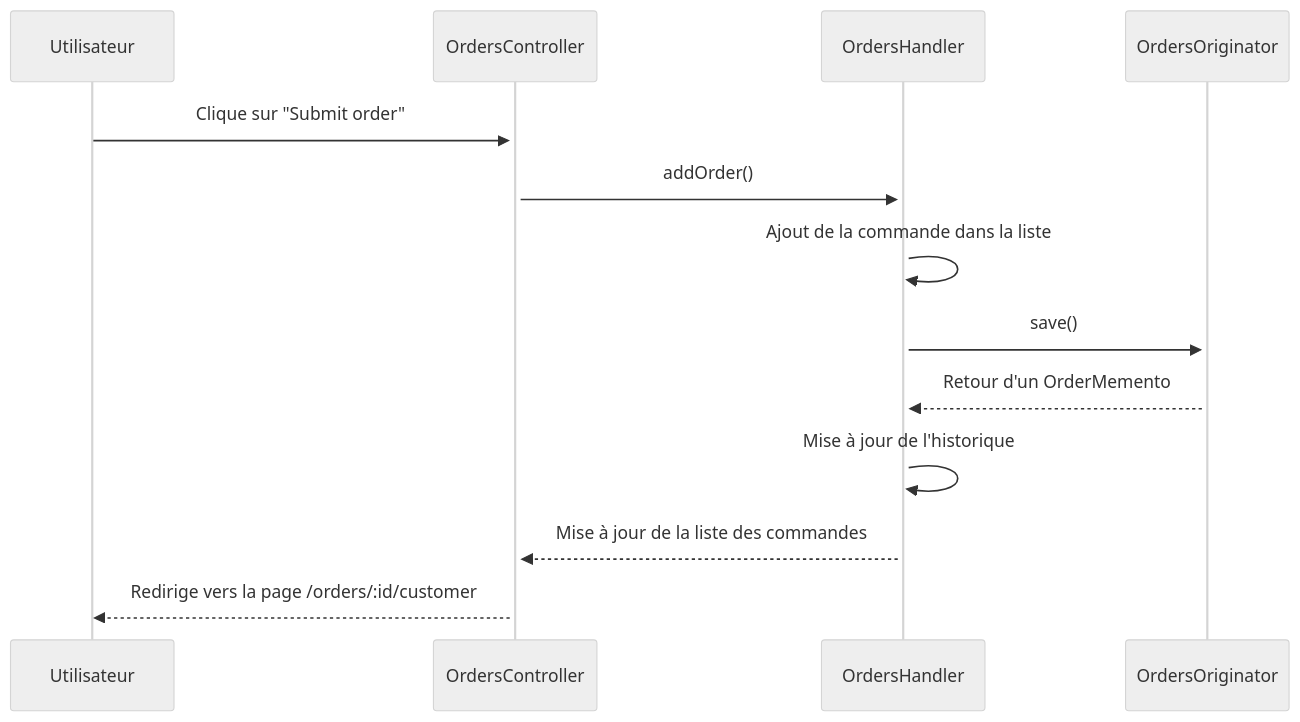
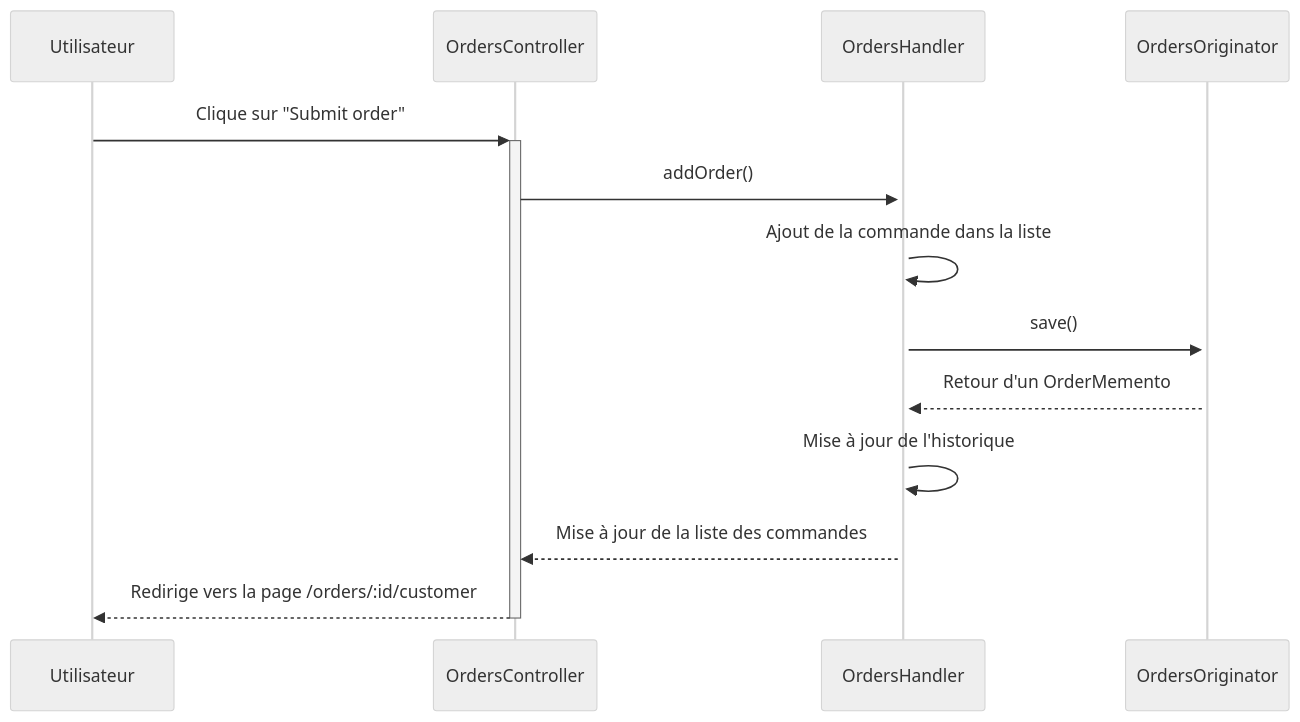
The diagram in docs/OrderSequenceDiagram.mmd (coding-factory-classrooms/backend-orders-patterns-groupe-4), drawn with Mermaid (neutral theme) before and after one commit.

Commit message:
Fix de la sequence

```diff
--- a/docs/OrderSequenceDiagram.mmd
+++ b/docs/OrderSequenceDiagram.mmd
@@ -1,13 +1,13 @@
 sequenceDiagram
     participant Utilisateur
     participant OrdersController
     participant OrdersHandler
     participant OrdersOriginator
     Utilisateur->>+OrdersController: Clique sur "Submit order"
     OrdersController->>+OrdersHandler: addOrder()
     OrdersHandler->>OrdersHandler: Ajout de la commande dans la liste
     OrdersHandler->>+OrdersOriginator: save()
     OrdersOriginator-->>OrdersHandler: Retour d'un OrderMemento
     OrdersHandler->>+OrdersHandler: Mise à jour de l'historique
     OrdersHandler-->>OrdersController: Mise à jour de la liste des commandes
-    OrdersController-->>Utilisateur: Redirige vers la page /orders/:id/customer
+    OrdersController-->>-Utilisateur: Redirige vers la page /orders/:id/customer
```
